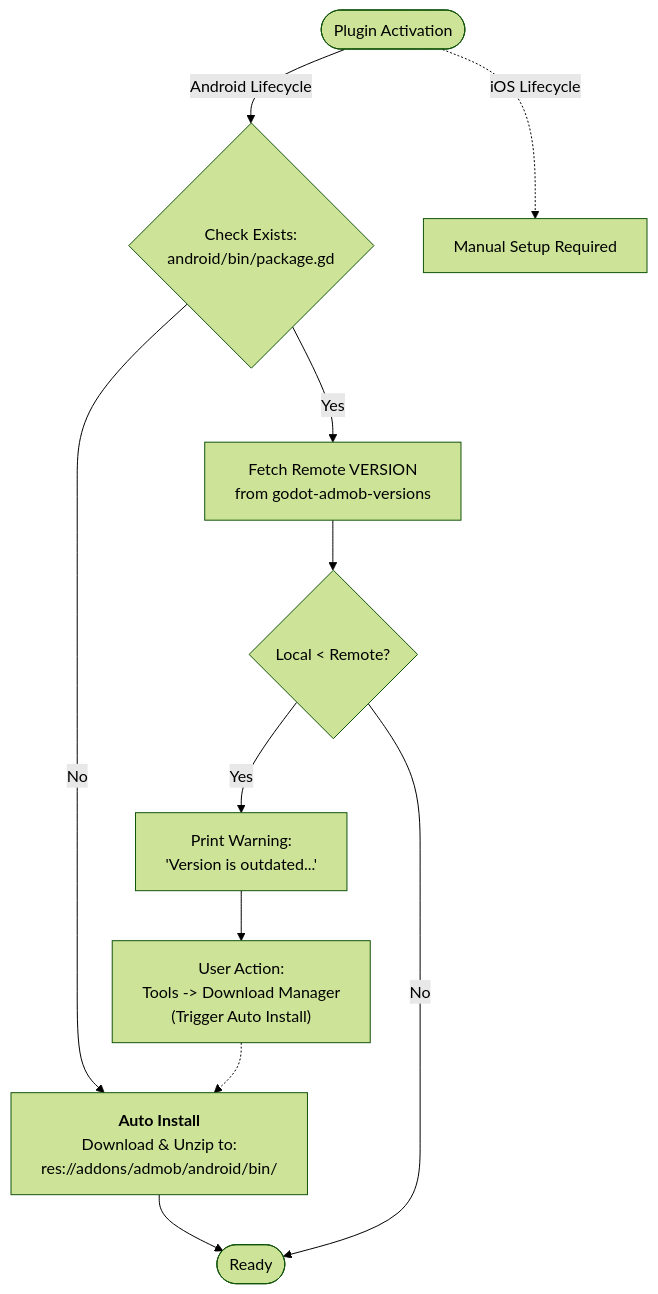
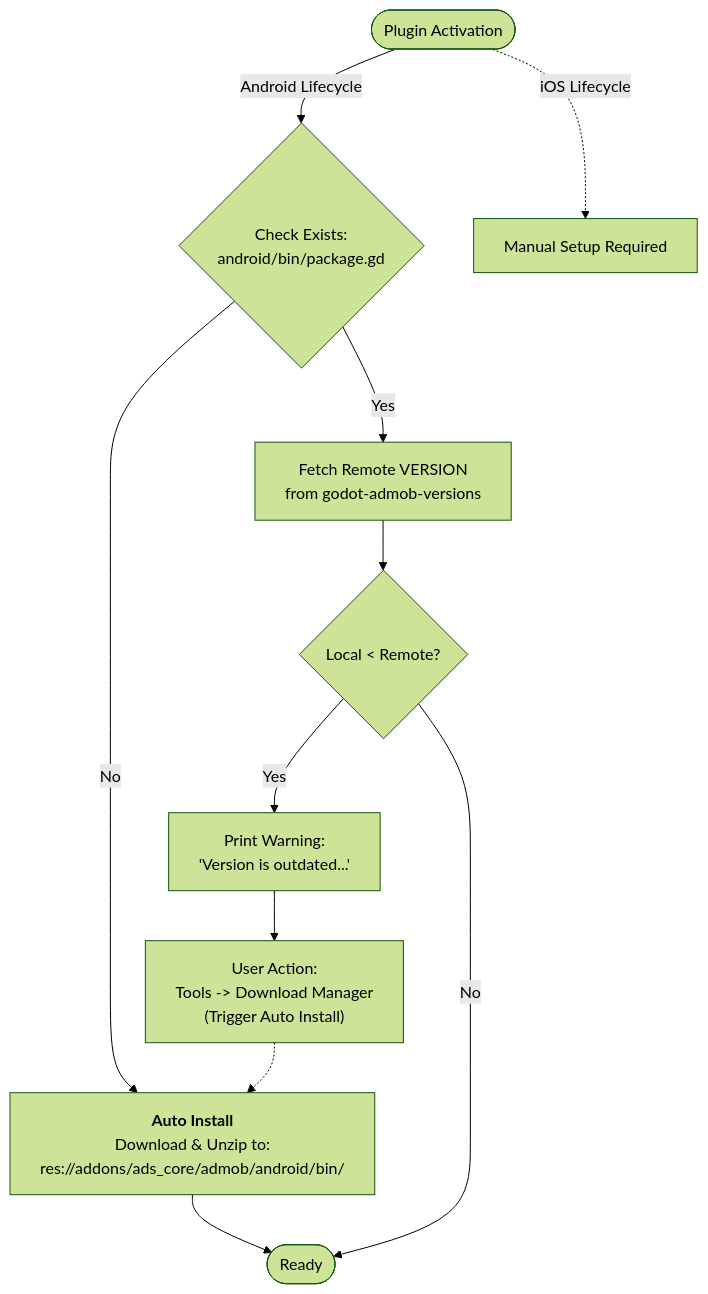
The diagram in admob/docs/architecture/lifecycle.md (TeraPixelGames/AdsCore), drawn with Mermaid (forest theme) before and after one commit. The commit also changed other lines of this file and 28 other files, not shown here.

````diff
--- a/admob/docs/architecture/lifecycle.md
+++ b/admob/docs/architecture/lifecycle.md
@@ -24,22 +24,22 @@
 ```mermaid
 graph TD
     Start([Plugin Activation]) --> |Android Lifecycle| CheckAndroid{Check Exists:<br/>android/bin/package.gd}
 
     %% Android - Missing File (Auto Install)
-    CheckAndroid -- No --> AutoInstall["<B>Auto Install</B><br/>Download & Unzip to:<br/>res://addons/admob/android/bin/"]
+    CheckAndroid -- No --> AutoInstall["<B>Auto Install</B><br/>Download & Unzip to:<br/>res://addons/ads_core/admob/android/bin/"]
     AutoInstall --> Ready([Ready])
 
     %% Android - Existing File (Version Check)
     CheckAndroid -- Yes --> FetchRemote[Fetch Remote VERSION<br/>from godot-admob-versions]
     FetchRemote --> CompareVersions{Local < Remote?}
 
     %% Version Result
     CompareVersions -- Yes --> Warning["Print Warning:<br/>'Version is outdated...'"]
     Warning --> UserUpdate["User Action:<br/>Tools -> Download Manager<br/>(Trigger Auto Install)"]
     UserUpdate -.-> AutoInstall
     
     CompareVersions -- No --> Ready
 
     %% iOS
     Start -.->|iOS Lifecycle| ManualIOS[Manual Setup Required]
 ```
````
